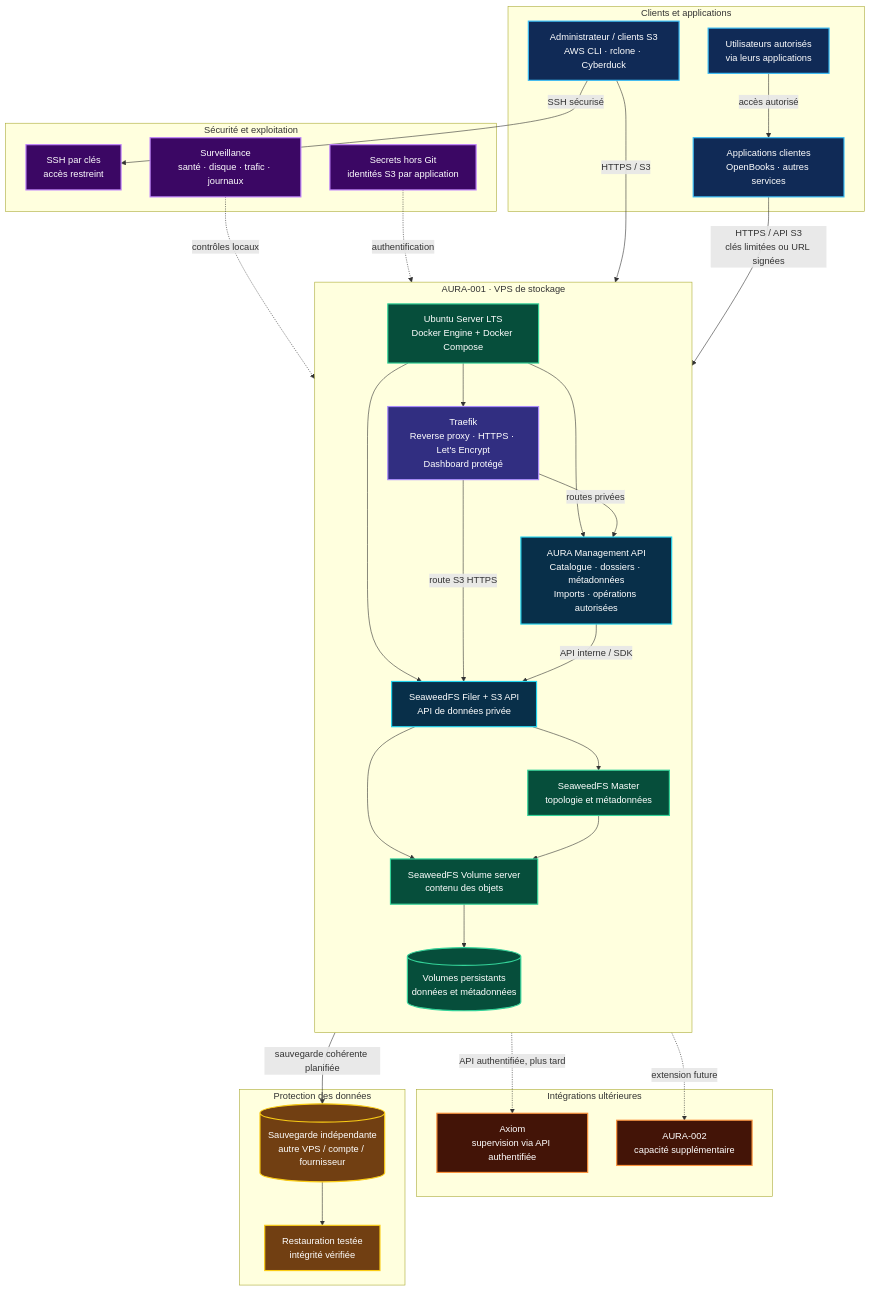
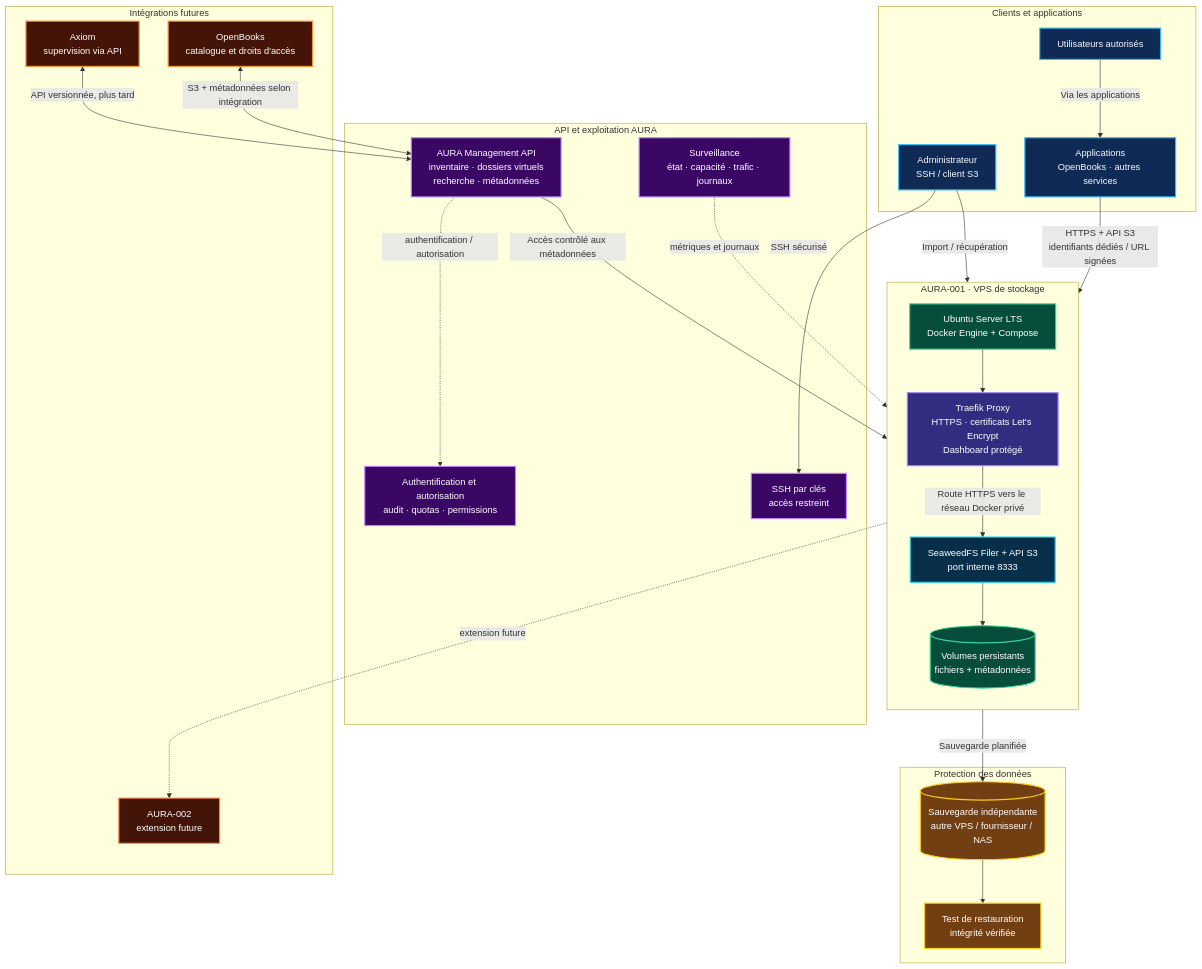
Before and after one commit to digitaleflex/aura-storage: the diagram in docs/ARCHITECTURE.mmd, drawn with Mermaid.

Commit message:
docs: align architecture with Traefik and AURA management API

```diff
--- a/docs/ARCHITECTURE.mmd
+++ b/docs/ARCHITECTURE.mmd
@@ -1,71 +1,66 @@
 flowchart TB
-    %% AURA Storage — target architecture, initial single-node MVP
-    classDef client fill:#102A56,stroke:#38BDF8,color:#FFFFFF,stroke-width:2px
-    classDef proxy fill:#312E81,stroke:#A78BFA,color:#FFFFFF,stroke-width:2px
+    %% AURA Storage — architecture cible initiale
+
+    classDef client fill:#102A56,stroke:#38BDF8,color:#F8FAFC,stroke-width:2px
+    classDef edge fill:#312E81,stroke:#A78BFA,color:#FFFFFF,stroke-width:2px
     classDef api fill:#082F49,stroke:#22D3EE,color:#FFFFFF,stroke-width:2px
     classDef storage fill:#064E3B,stroke:#34D399,color:#FFFFFF,stroke-width:2px
     classDef ops fill:#3B0764,stroke:#C084FC,color:#FFFFFF,stroke-width:2px
     classDef backup fill:#713F12,stroke:#FACC15,color:#FFFFFF,stroke-width:2px
     classDef future fill:#431407,stroke:#FB923C,color:#FFFFFF,stroke-width:2px
 
     subgraph CLIENTS["Clients et applications"]
-      OPERATOR["Administrateur / clients S3<br/>AWS CLI · rclone · Cyberduck"]
-      APPS["Applications clientes<br/>OpenBooks · autres services"]
-      USERS["Utilisateurs autorisés<br/>via leurs applications"]
+        ADMIN["Administrateur<br/>SSH / client S3"]
+        APPS["Applications<br/>OpenBooks · autres services"]
+        USERS["Utilisateurs autorisés"]
     end
 
     subgraph AURA["AURA-001 · VPS de stockage"]
-      direction TB
-      HOST["Ubuntu Server LTS<br/>Docker Engine + Docker Compose"]
-      TRAEFIK["Traefik<br/>Reverse proxy · HTTPS · Let's Encrypt<br/>Dashboard protégé"]
-      MGMT["AURA Management API<br/>Catalogue · dossiers · métadonnées<br/>Imports · opérations autorisées"]
-      S3["SeaweedFS Filer + S3 API<br/>API de données privée"]
-      MASTER["SeaweedFS Master<br/>topologie et métadonnées"]
-      VOLUME["SeaweedFS Volume server<br/>contenu des objets"]
-      DISK[("Volumes persistants<br/>données et métadonnées")]
-      HOST --> TRAEFIK
-      HOST --> MGMT
-      HOST --> S3
-      TRAEFIK -->|"routes privées"| MGMT
-      TRAEFIK -->|"route S3 HTTPS"| S3
-      MGMT -->|"API interne / SDK"| S3
-      S3 --> MASTER
-      S3 --> VOLUME
-      MASTER --> VOLUME
-      VOLUME --> DISK
+        direction TB
+        HOST["Ubuntu Server LTS<br/>Docker Engine + Compose"]
+        TRAEFIK["Traefik Proxy<br/>HTTPS · certificats Let's Encrypt<br/>Dashboard protégé"]
+        S3["SeaweedFS Filer + API S3<br/>port interne 8333"]
+        DATA[("Volumes persistants<br/>fichiers + métadonnées")]
+        HOST --> TRAEFIK
+        TRAEFIK -->|"Route HTTPS vers le réseau Docker privé"| S3
+        S3 --> DATA
     end
 
-    subgraph OPERATIONS["Sécurité et exploitation"]
-      SSH["SSH par clés<br/>accès restreint"]
-      MON["Surveillance<br/>santé · disque · trafic · journaux"]
-      SECRETS["Secrets hors Git<br/>identités S3 par application"]
+    subgraph MANAGEMENT["API et exploitation AURA"]
+        API["AURA Management API<br/>inventaire · dossiers virtuels<br/>recherche · métadonnées"]
+        AUTH["Authentification et autorisation<br/>audit · quotas · permissions"]
+        MON["Surveillance<br/>état · capacité · trafic · journaux"]
+        SSH["SSH par clés<br/>accès restreint"]
     end
 
     subgraph RECOVERY["Protection des données"]
-      BACKUP[("Sauvegarde indépendante<br/>autre VPS / compte / fournisseur")]
-      RESTORE["Restauration testée<br/>intégrité vérifiée"]
+        BACKUP[("Sauvegarde indépendante<br/>autre VPS / fournisseur / NAS")]
+        RESTORE["Test de restauration<br/>intégrité vérifiée"]
     end
 
-    subgraph FUTURE["Intégrations ultérieures"]
-      AXIOM["Axiom<br/>supervision via API authentifiée"]
-      AURA2["AURA-002<br/>capacité supplémentaire"]
+    subgraph FUTURE["Intégrations futures"]
+        AXIOM["Axiom<br/>supervision via API"]
+        OPENBOOKS["OpenBooks<br/>catalogue et droits d'accès"]
+        AURA2["AURA-002<br/>extension future"]
     end
 
-    OPERATOR -->|"SSH sécurisé"| SSH
-    OPERATOR -->|"HTTPS / S3"| TRAEFIK
-    APPS -->|"HTTPS / API S3<br/>clés limitées ou URL signées"| TRAEFIK
-    USERS -->|"accès autorisé"| APPS
-    SECRETS -. "authentification" .-> S3
-    MON -. "contrôles locaux" .-> HOST
-    DISK -->|"sauvegarde cohérente planifiée"| BACKUP
+    ADMIN -->|"SSH sécurisé"| SSH
+    ADMIN -->|"Import / récupération"| TRAEFIK
+    APPS -->|"HTTPS + API S3<br/>identifiants dédiés / URL signées"| TRAEFIK
+    USERS -->|"Via les applications"| APPS
+    API -->|"Accès contrôlé aux métadonnées"| DATA
+    API -. "authentification / autorisation" .-> AUTH
+    MON -. "métriques et journaux" .-> HOST
+    DATA -->|"Sauvegarde planifiée"| BACKUP
     BACKUP --> RESTORE
-    MGMT -. "API authentifiée, plus tard" .-> AXIOM
+    AXIOM <-->|"API versionnée, plus tard"| API
+    OPENBOOKS <-->|"S3 + métadonnées selon intégration"| API
     AURA -. "extension future" .-> AURA2
 
-    class OPERATOR,APPS,USERS client
-    class TRAEFIK proxy
-    class MGMT,S3 api
-    class HOST,MASTER,VOLUME,DISK storage
-    class SSH,MON,SECRETS ops
+    class ADMIN,APPS,USERS client
+    class TRAEFIK edge
+    class S3 api
+    class HOST,DATA storage
+    class API,AUTH,MON,SSH ops
     class BACKUP,RESTORE backup
-    class AXIOM,AURA2 future
+    class AXIOM,OPENBOOKS,AURA2 future
```
